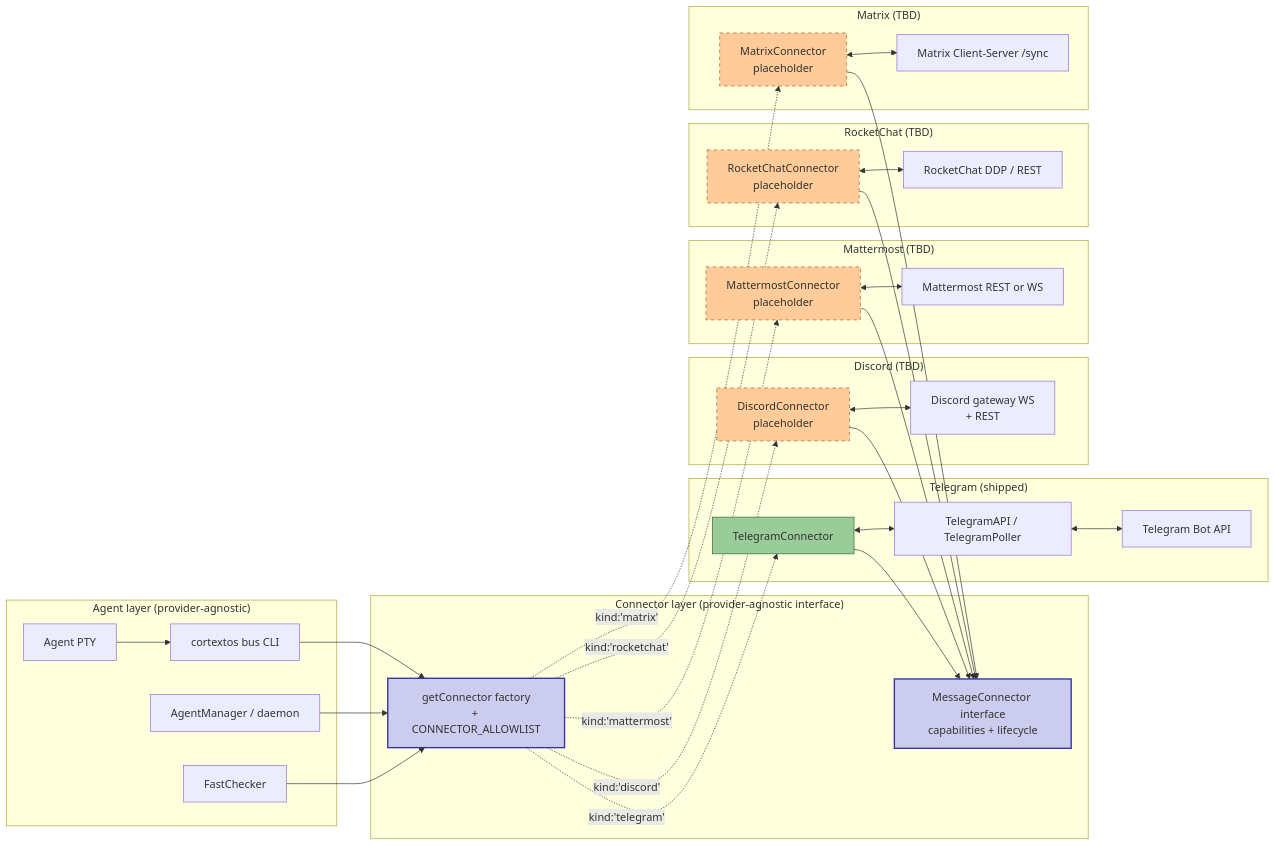
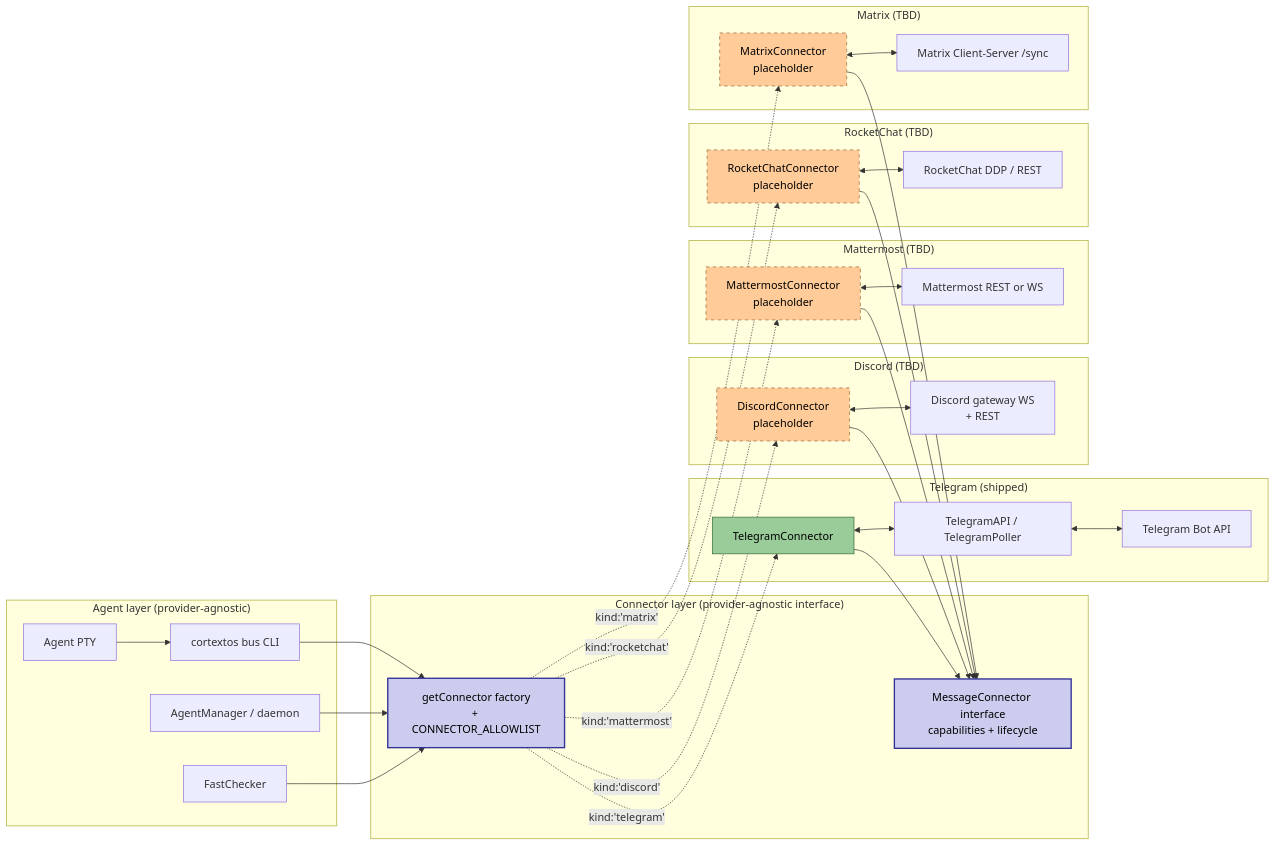
The fourth of 5 diagrams in docs/architecture/connectors-flow.md (grandamenium/cortextos), drawn with Mermaid before and after one commit. The commit also changed other lines of this file, not shown here.

Commit message:
docs(connectors): fix dark-mode readability of pluggability + summary diagrams
Diagrams 4 (pluggability map) and 5 (bidirectional summary) in
`docs/architecture/connectors-flow.md` rendered unreadable in
GitHub's dark mode — the light-pastel fills (#cce, #9c9, #fc9)
worked with mermaid's light-mode dark-text default but became
light-on-light when GitHub flipped to dark mode for the reader.

Adds explicit `color:#000` to every styled node + classDef so
labels stay dark-on-pastel in both light AND dark themes. No
shape/edge/content changes — purely a render fix.

````diff
--- a/docs/architecture/connectors-flow.md
+++ b/docs/architecture/connectors-flow.md
@@ -162,72 +162,72 @@
 ```mermaid
 graph LR
   subgraph "Agent layer (provider-agnostic)"
     A[Agent PTY]
     B[cortextos bus CLI]
     F[FastChecker]
     D[AgentManager / daemon]
   end
 
   subgraph "Connector layer (provider-agnostic interface)"
     I[MessageConnector interface<br/>capabilities + lifecycle]
     FAC[getConnector factory<br/>+ CONNECTOR_ALLOWLIST]
   end
 
   subgraph "Telegram (shipped)"
     TC[TelegramConnector]
     TPI[TelegramAPI / TelegramPoller]
     TG[Telegram Bot API]
   end
 
   subgraph "Discord (TBD)"
     DC[DiscordConnector<br/>placeholder]
     DG[Discord gateway WS<br/>+ REST]
   end
 
   subgraph "Mattermost (TBD)"
     MC[MattermostConnector<br/>placeholder]
     MM[Mattermost REST or WS]
   end
 
   subgraph "RocketChat (TBD)"
     RC[RocketChatConnector<br/>placeholder]
     DDP[RocketChat DDP / REST]
   end
 
   subgraph "Matrix (TBD)"
     XC[MatrixConnector<br/>placeholder]
     MX[Matrix Client-Server /sync]
   end
 
   A --> B
   B --> FAC
   D --> FAC
   F --> FAC
   FAC -.kind:'telegram'.-> TC
   FAC -.kind:'discord'.-> DC
   FAC -.kind:'mattermost'.-> MC
   FAC -.kind:'rocketchat'.-> RC
   FAC -.kind:'matrix'.-> XC
 
   TC --> I
   DC --> I
   MC --> I
   RC --> I
   XC --> I
 
   TC <--> TPI
   DC <--> DG
   MC <--> MM
   RC <--> DDP
   XC <--> MX
 
   TPI <--> TG
 
-  style I fill:#cce,stroke:#339,stroke-width:2px
-  style FAC fill:#cce,stroke:#339,stroke-width:2px
-  style TC fill:#9c9,stroke:#363
-  style DC fill:#fc9,stroke:#963,stroke-dasharray: 5 5
-  style MC fill:#fc9,stroke:#963,stroke-dasharray: 5 5
-  style RC fill:#fc9,stroke:#963,stroke-dasharray: 5 5
-  style XC fill:#fc9,stroke:#963,stroke-dasharray: 5 5
+  style I fill:#cce,stroke:#339,stroke-width:2px,color:#000
+  style FAC fill:#cce,stroke:#339,stroke-width:2px,color:#000
+  style TC fill:#9c9,stroke:#363,color:#000
+  style DC fill:#fc9,stroke:#963,stroke-dasharray: 5 5,color:#000
+  style MC fill:#fc9,stroke:#963,stroke-dasharray: 5 5,color:#000
+  style RC fill:#fc9,stroke:#963,stroke-dasharray: 5 5,color:#000
+  style XC fill:#fc9,stroke:#963,stroke-dasharray: 5 5,color:#000
 ```
````
